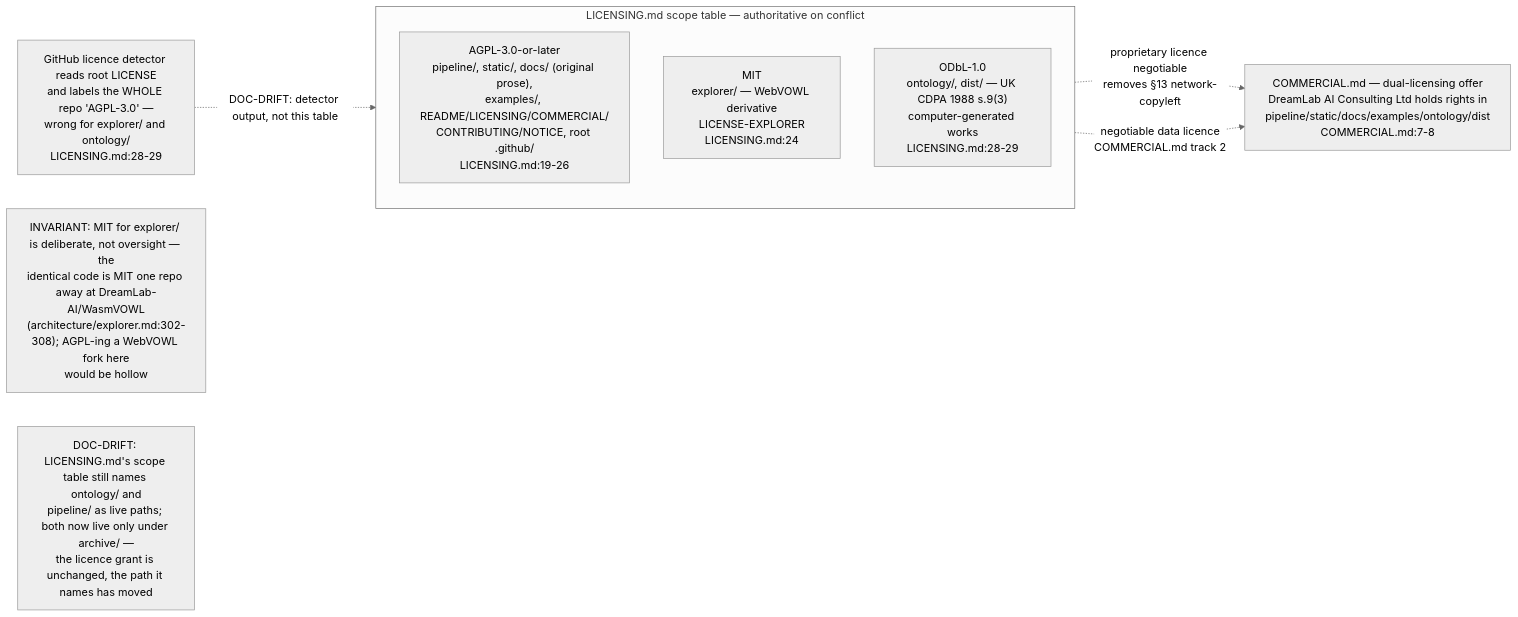
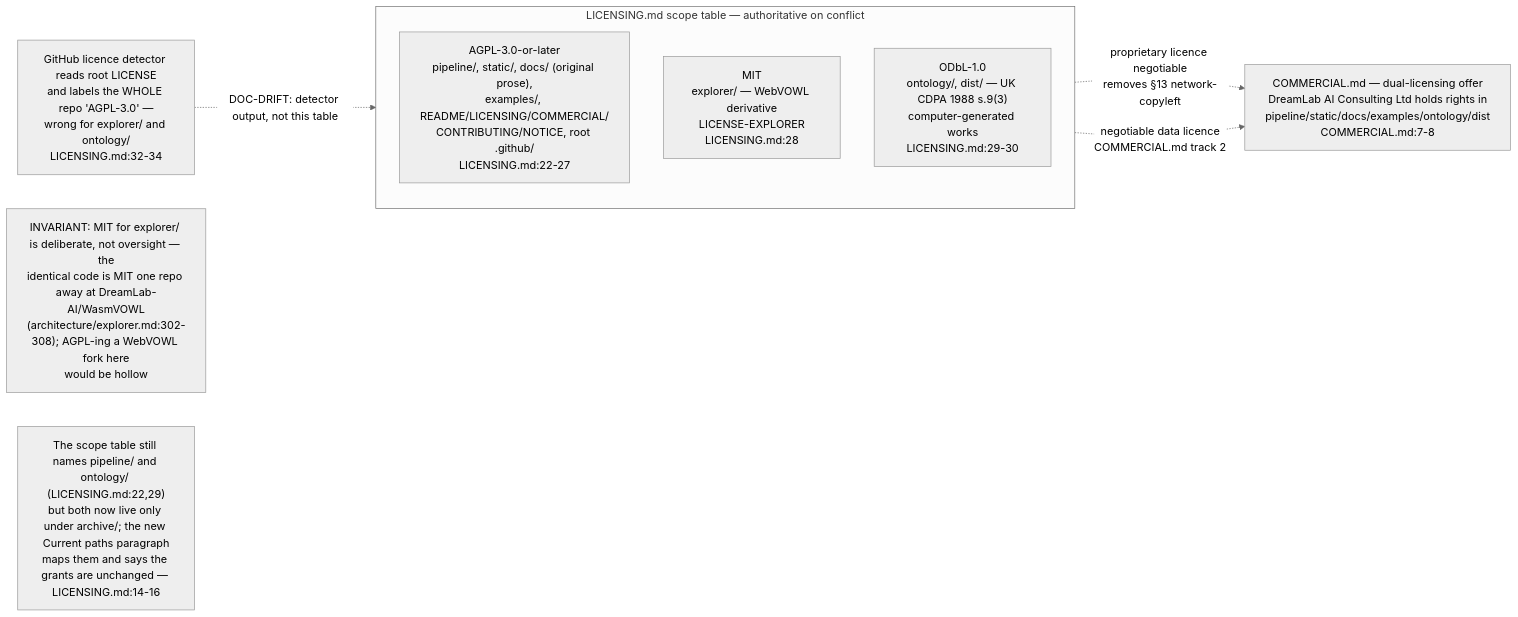
One commit to DreamLab-AI/VisionFlow changed the second of 2 diagrams in docs/diagrams/knowledgegraph/01-repo-composition-and-licensing.md. Above: the diagram before and after it, drawn with Mermaid (neutral theme). The commit also changed other lines of this file and 160 other files, not shown here.

````diff
--- a/docs/diagrams/knowledgegraph/01-repo-composition-and-licensing.md
+++ b/docs/diagrams/knowledgegraph/01-repo-composition-and-licensing.md
@@ -45,16 +45,16 @@
 ```mermaid
 flowchart LR
     subgraph SCOPE["LICENSING.md scope table — authoritative on conflict"]
         direction TB
-        AGPL["AGPL-3.0-or-later<br/>pipeline/, static/, docs/ (original prose),<br/>examples/, README/LICENSING/COMMERCIAL/<br/>CONTRIBUTING/NOTICE, root .github/<br/>LICENSING.md:19-26"]
-        MIT["MIT<br/>explorer/ — WebVOWL derivative<br/>LICENSE-EXPLORER<br/>LICENSING.md:24"]
-        ODBL["ODbL-1.0<br/>ontology/, dist/ — UK CDPA 1988 s.9(3)<br/>computer-generated works<br/>LICENSING.md:28-29"]
+        AGPL["AGPL-3.0-or-later<br/>pipeline/, static/, docs/ (original prose),<br/>examples/, README/LICENSING/COMMERCIAL/<br/>CONTRIBUTING/NOTICE, root .github/<br/>LICENSING.md:22-27"]
+        MIT["MIT<br/>explorer/ — WebVOWL derivative<br/>LICENSE-EXPLORER<br/>LICENSING.md:28"]
+        ODBL["ODbL-1.0<br/>ontology/, dist/ — UK CDPA 1988 s.9(3)<br/>computer-generated works<br/>LICENSING.md:29-30"]
     end
-    GHDETECT["GitHub licence detector reads root LICENSE<br/>and labels the WHOLE repo 'AGPL-3.0' —<br/>wrong for explorer/ and ontology/<br/>LICENSING.md:28-29"]
+    GHDETECT["GitHub licence detector reads root LICENSE<br/>and labels the WHOLE repo 'AGPL-3.0' —<br/>wrong for explorer/ and ontology/<br/>LICENSING.md:32-34"]
     GHDETECT -.->|"DOC-DRIFT: detector output, not this table"| SCOPE
     COMM["COMMERCIAL.md — dual-licensing offer<br/>DreamLab AI Consulting Ltd holds rights in<br/>pipeline/static/docs/examples/ontology/dist<br/>COMMERCIAL.md:7-8"]
     AGPL -.->|"proprietary licence negotiable<br/>removes §13 network-copyleft"| COMM
     ODBL -.->|"negotiable data licence<br/>COMMERCIAL.md track 2"| COMM
     note1["INVARIANT: MIT for explorer/ is deliberate, not oversight — the<br/>identical code is MIT one repo away at DreamLab-AI/WasmVOWL<br/>(architecture/explorer.md:302-308); AGPL-ing a WebVOWL fork here<br/>would be hollow"]
-    note2["DOC-DRIFT: LICENSING.md's scope table still names ontology/ and<br/>pipeline/ as live paths; both now live only under archive/ —<br/>the licence grant is unchanged, the path it names has moved"]
+    note2["The scope table still names pipeline/ and ontology/ (LICENSING.md:22,29)<br/>but both now live only under archive/; the new Current paths paragraph<br/>maps them and says the grants are unchanged — LICENSING.md:14-16"]
 ```
````
